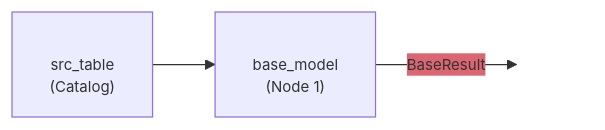
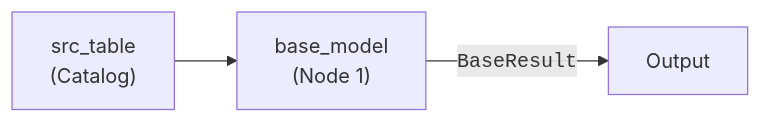
One commit to BauplanLabs/bauplan changed the first of 2 diagrams in docs/pages/concepts/semantic-annotations.mdx. Above: the diagram before and after it, drawn with Mermaid. The commit also changed other lines of this file and 12 other files, not shown here.

First line of the commit message:
docs: give Mermaid diagrams one shared style

````diff
--- a/docs/pages/concepts/semantic-annotations.mdx
+++ b/docs/pages/concepts/semantic-annotations.mdx
@@ -20,12 +20,8 @@
 ```mermaid
-%%{init: {'themeVariables': {'fontSize': '12px', 'edgeLabelBackground': '#DB6672'}}}%%
 flowchart LR
-    A["</br>src_table</br>(Catalog)"]
-    B["</br>base_model</br>(Node 1)"]
-    OUT[" "]
+    A["src_table<br/>(Catalog)"]
+    B["base_model<br/>(Node 1)"]
+    OUT["Output"]
 
-    A --> B -- BaseResult --> OUT
-
-    classDef hidden fill:none,stroke:none
-    class OUT hidden
+    A --> B -- "<code>BaseResult</code>" --> OUT
 ```
````
